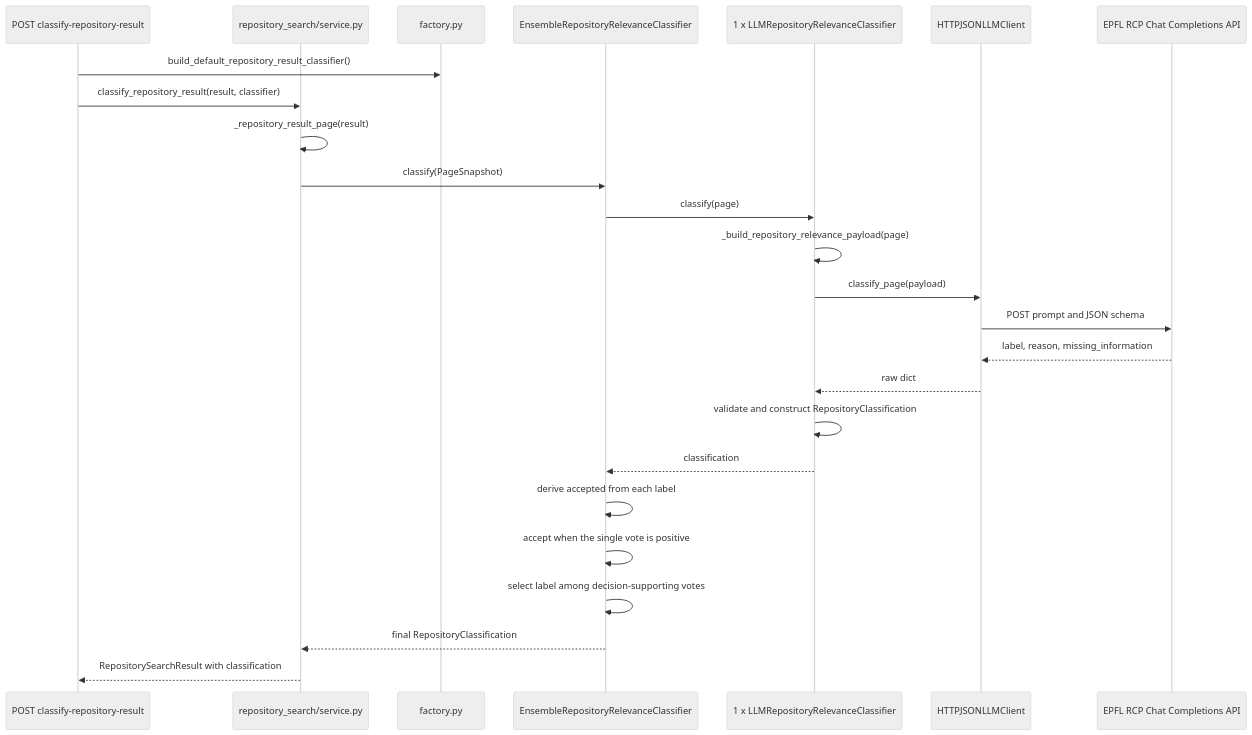
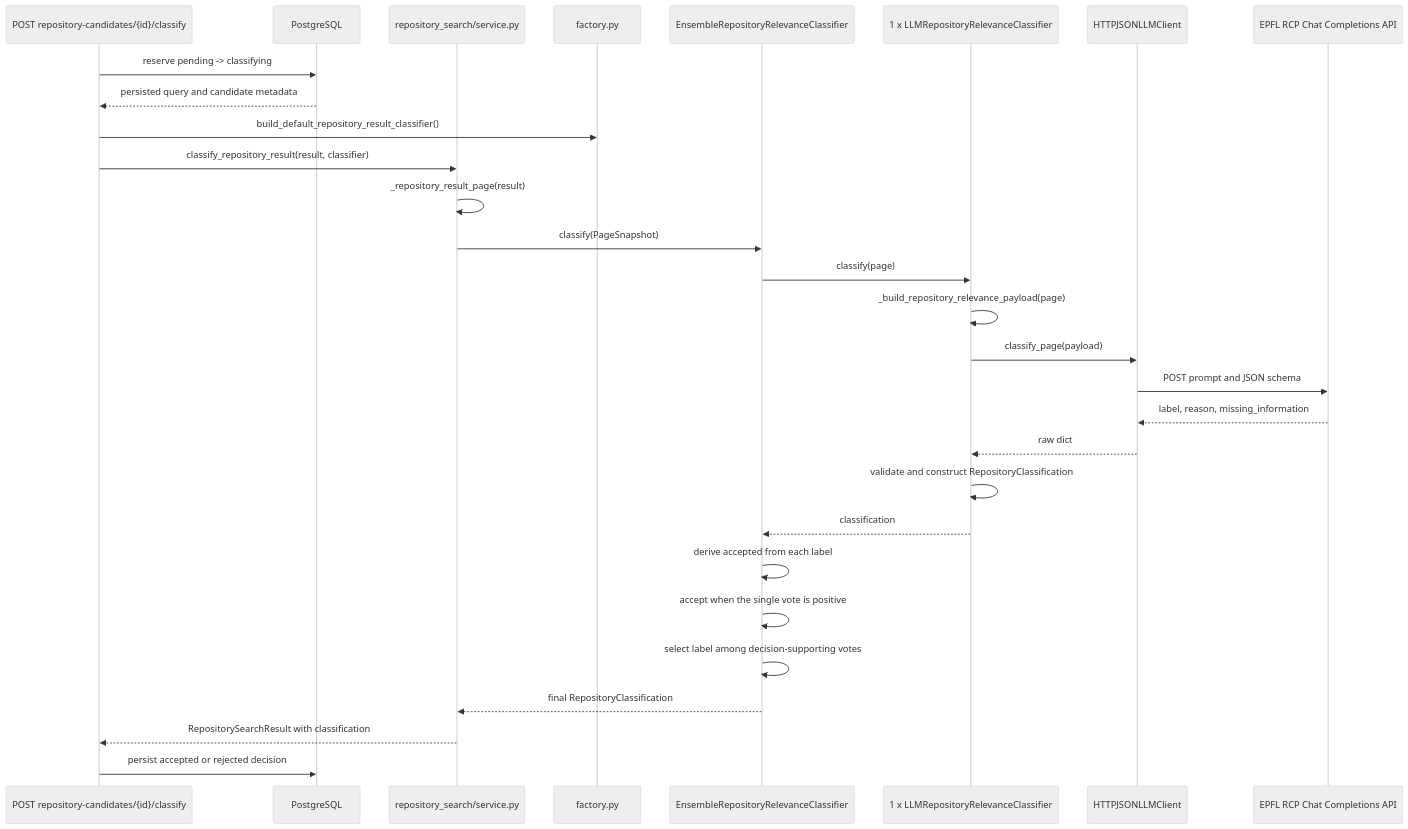
The fourth of 5 diagrams in docs/classification-architecture.md (nicolasberlin/global-health-dataset-catalog), drawn with Mermaid (neutral theme) before and after one commit. The commit also changed other lines of this file and 37 other files, not shown here.

````diff
--- a/docs/classification-architecture.md
+++ b/docs/classification-architecture.md
@@ -202,28 +200,32 @@
 ```mermaid
 sequenceDiagram
-    participant Route as POST classify-repository-result
+    participant Route as POST repository-candidates/{id}/classify
+    participant DB as PostgreSQL
     participant Service as repository_search/service.py
     participant Factory as factory.py
     participant Ensemble as EnsembleRepositoryRelevanceClassifier
     participant Voter as 1 x LLMRepositoryRelevanceClassifier
     participant Client as HTTPJSONLLMClient
     participant API as EPFL RCP Chat Completions API
 
+    Route->>DB: reserve pending -> classifying
+    DB-->>Route: persisted query and candidate metadata
     Route->>Factory: build_default_repository_result_classifier()
     Route->>Service: classify_repository_result(result, classifier)
     Service->>Service: _repository_result_page(result)
     Service->>Ensemble: classify(PageSnapshot)
     Ensemble->>Voter: classify(page)
     Voter->>Voter: _build_repository_relevance_payload(page)
     Voter->>Client: classify_page(payload)
     Client->>API: POST prompt and JSON schema
     API-->>Client: label, reason, missing_information
     Client-->>Voter: raw dict
     Voter->>Voter: validate and construct RepositoryClassification
     Voter-->>Ensemble: classification
     Ensemble->>Ensemble: derive accepted from each label
     Ensemble->>Ensemble: accept when the single vote is positive
     Ensemble->>Ensemble: select label among decision-supporting votes
     Ensemble-->>Service: final RepositoryClassification
     Service-->>Route: RepositorySearchResult with classification
+    Route->>DB: persist accepted or rejected decision
 ```
````
